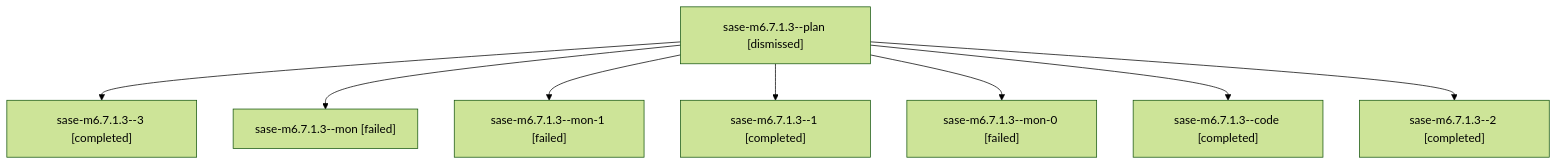
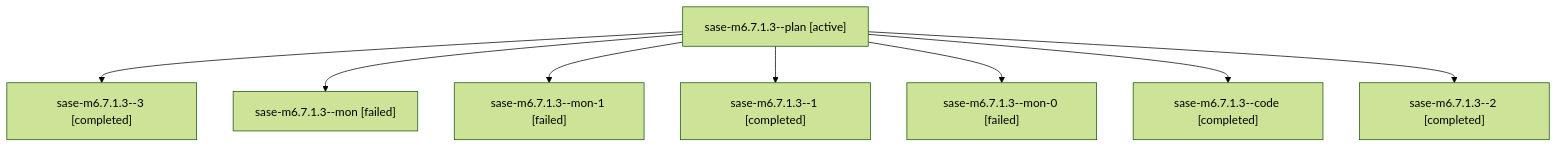
The diagram in families/bbugyi200.athena.sase-m6.7.1.3.md (sase-org/sase--agents), drawn with Mermaid (forest theme) before and after one commit. The commit also changed other lines of this file and 35830 other files, not shown here.

````diff
--- a/families/bbugyi200.athena.sase-m6.7.1.3.md
+++ b/families/bbugyi200.athena.sase-m6.7.1.3.md
@@ -9,18 +9,18 @@
 ```mermaid
 flowchart TD
-  n0["sase-m6.7.1.3--plan [dismissed]"]
+  n0["sase-m6.7.1.3--plan [active]"]
   n1["sase-m6.7.1.3--3 [completed]"]
   n0 --> n1
   n2["sase-m6.7.1.3--mon [failed]"]
   n0 --> n2
   n3["sase-m6.7.1.3--mon-1 [failed]"]
   n0 --> n3
   n4["sase-m6.7.1.3--1 [completed]"]
   n0 --> n4
   n5["sase-m6.7.1.3--mon-0 [failed]"]
   n0 --> n5
   n6["sase-m6.7.1.3--code [completed]"]
   n0 --> n6
   n7["sase-m6.7.1.3--2 [completed]"]
   n0 --> n7
 ```
````
